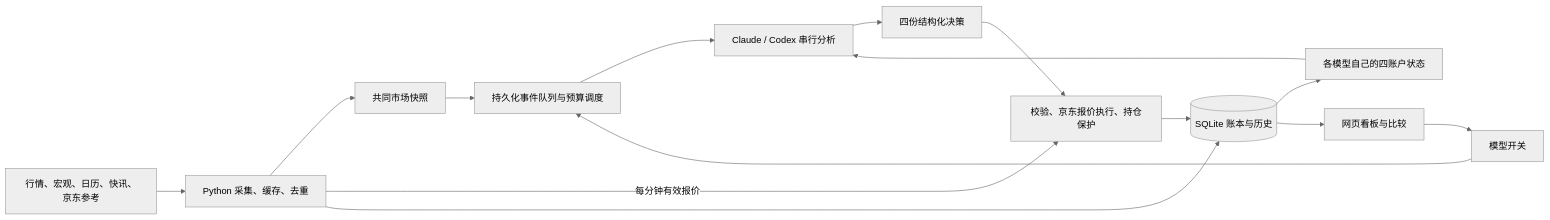
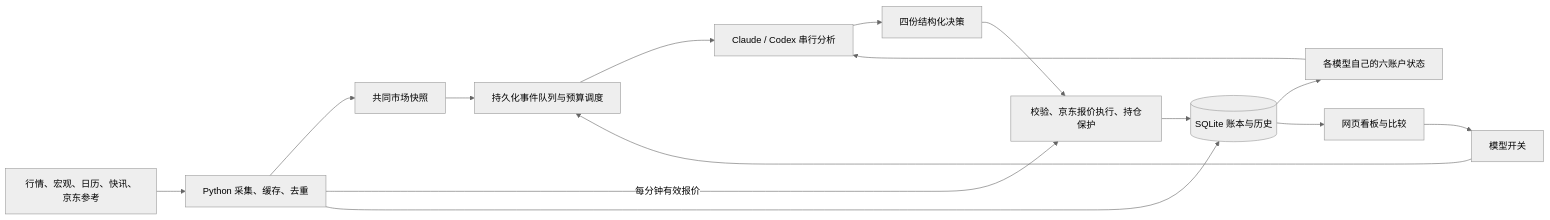
One commit to blue-green-red/Trade-Accumulated-Gold-CN changed the diagram in README.md. Above: the diagram before and after it, drawn with Mermaid (neutral theme). The commit also changed other lines of this file and 16 other files, not shown here.

````diff
--- a/README.md
+++ b/README.md
@@ -63,17 +70,17 @@
 ```mermaid
 flowchart LR
     Sources[行情、宏观、日历、快讯、京东参考] --> Collect[Python 采集、缓存、去重]
     Collect --> Shared[共同市场快照]
     Shared --> Queue[持久化事件队列与预算调度]
     Queue --> Models[Claude / Codex 串行分析]
-    DB --> Own[各模型自己的四账户状态]
+    DB --> Own[各模型自己的六账户状态]
     Own --> Models
     Models --> Decisions[四份结构化决策]
     Decisions --> Execute[校验、京东报价执行、持仓保护]
     Collect -->|每分钟有效报价| Execute
     Execute --> DB[(SQLite 账本与历史)]
     Collect --> DB
     DB --> Web[网页看板与比较]
     Web --> Switch[模型开关]
     Switch --> Queue
 ```
````
